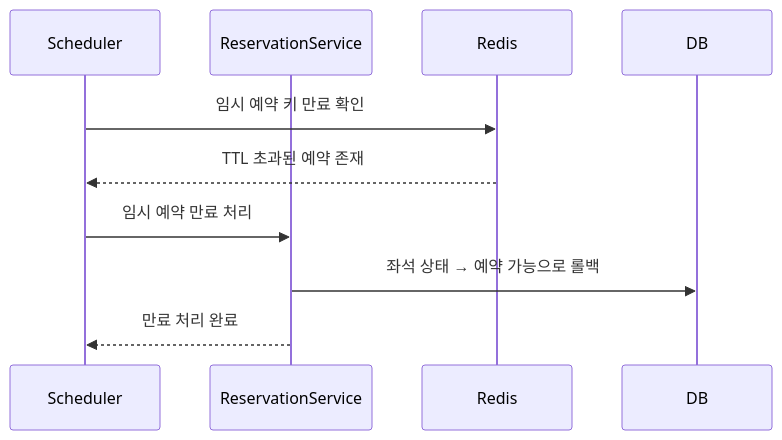
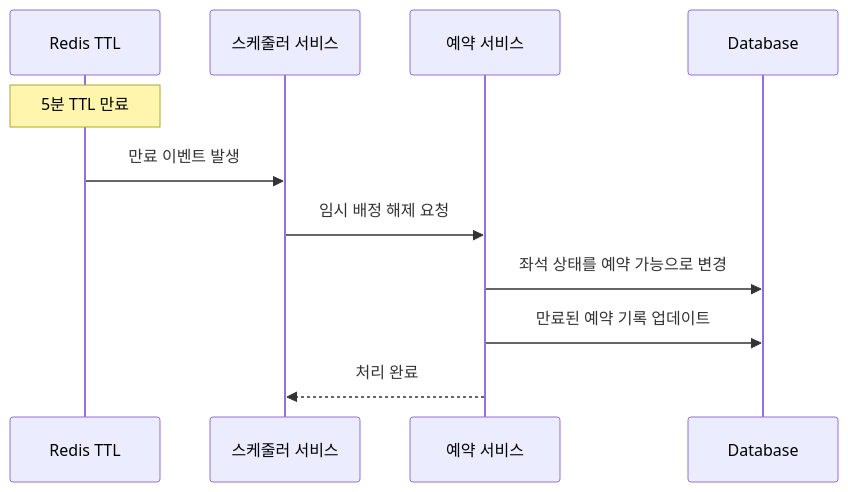
The sixth of 6 diagrams in docs/sequence.md (woolfie1101/hh-server-2), drawn with Mermaid before and after one commit. The commit also changed other lines of this file, not shown here.

Commit message:
시퀀스 다이어그램 수정

````diff
--- a/docs/sequence.md
+++ b/docs/sequence.md
@@ -93,14 +185,14 @@
 ```mermaid
 sequenceDiagram
-    participant Scheduler
-    participant ReservationService
-    participant Redis
-    participant DB
+    participant Redis as Redis TTL
+    participant SchedulerService as 스케줄러 서비스
+    participant ReservationService as 예약 서비스
+    participant DB as Database
 
-    Scheduler->>Redis: 임시 예약 키 만료 확인
-    Redis-->>Scheduler: TTL 초과된 예약 존재
-
-    Scheduler->>ReservationService: 임시 예약 만료 처리
-    ReservationService->>DB: 좌석 상태 → 예약 가능으로 롤백
-    ReservationService-->>Scheduler: 만료 처리 완료
+    Note over Redis: 5분 TTL 만료
+    Redis->>SchedulerService: 만료 이벤트 발생
+    SchedulerService->>ReservationService: 임시 배정 해제 요청
+    ReservationService->>DB: 좌석 상태를 예약 가능으로 변경
+    ReservationService->>DB: 만료된 예약 기록 업데이트
+    ReservationService-->>SchedulerService: 처리 완료
 ```
````
